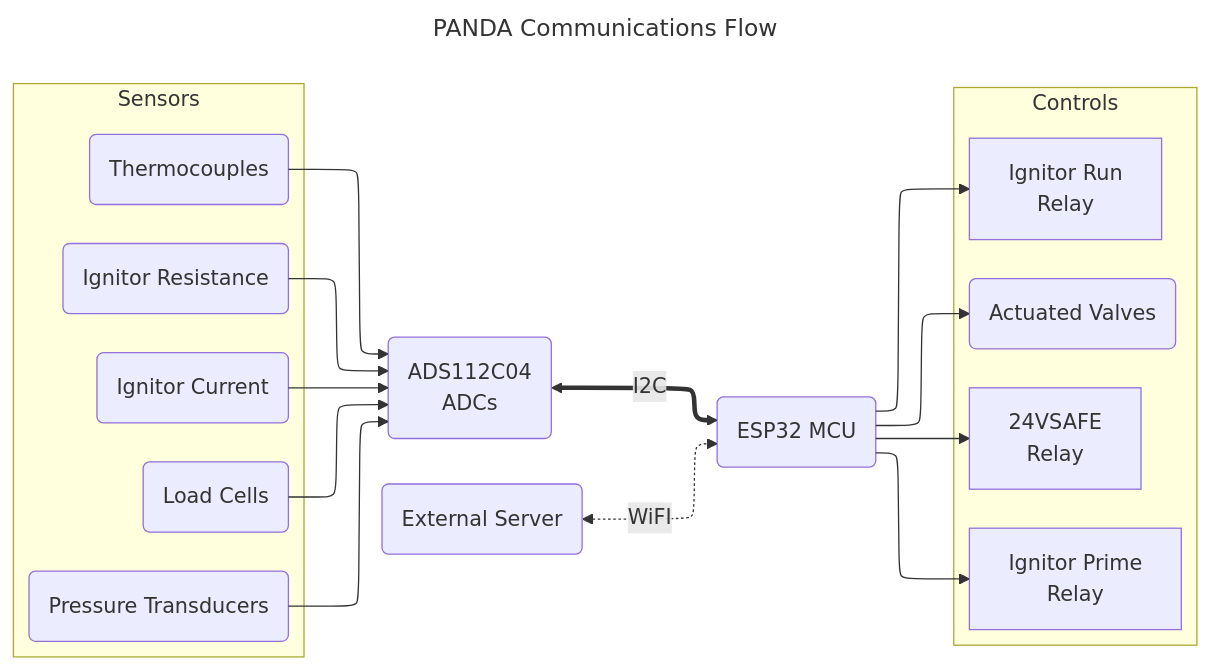
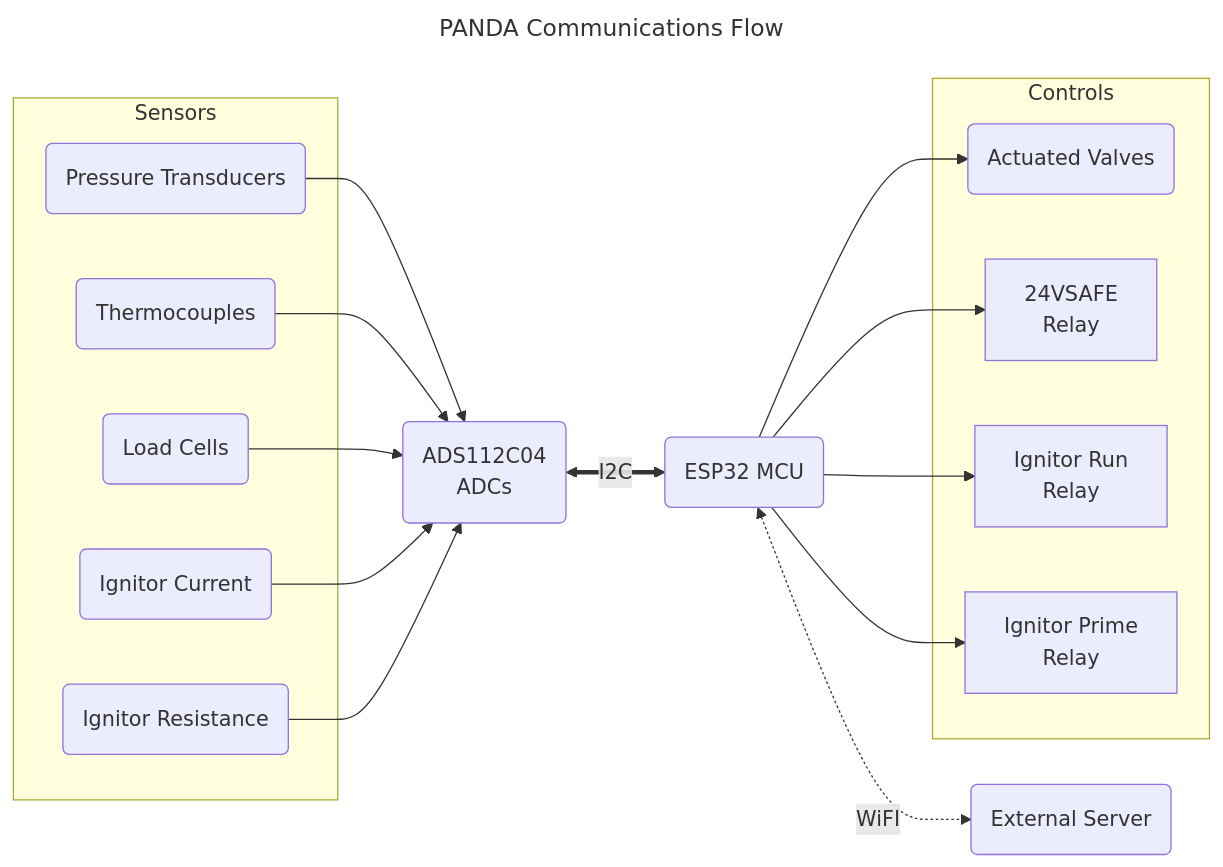
One commit to Queens-Rocket-Engineering-Team/prop-panda changed the first of 2 diagrams in README.md. Above: the diagram before and after it, drawn with Mermaid. The commit also changed other lines of this file, not shown here.

Commit message:
fix readme formatting

````diff
--- a/README.md
+++ b/README.md
@@ -21,42 +21,36 @@
 ```mermaid
 ---
 title: PANDA Communications Flow
-displayMode: compact
-config:
-  layout: elk
-  elk:
-    mergeEdges: false
-    nodePlacementStrategy: NETWORK_SIMPLEX
 ---
 flowchart LR
 
     ADC(ADS112C04<br>ADCs) <==I2C==> ESP(ESP32 MCU)
 
     subgraph Controls
         AV(Actuated Valves)
         24VSAFE[24VSAFE<br>Relay]
         RUN[Ignitor Run<br>Relay]
         PRIME[Ignitor Prime<br>Relay]
     end
     
     subgraph Sensors
         PT(Pressure Transducers)
         TC(Thermocouples)
         LC(Load Cells)
         CUR(Ignitor Current)
         RES(Ignitor Resistance)
     end
 
     PT --> ADC
     TC --> ADC
     LC --> ADC
     CUR --> ADC
     RES --> ADC
 
     ESP --> AV
     ESP -->24VSAFE
     ESP --> RUN
     ESP --> PRIME
 
-    WIFI(External Server) <-. WiFI .-> ESP
+    ESP <-. WiFI .-> WIFI(External Server)
 ```
````
